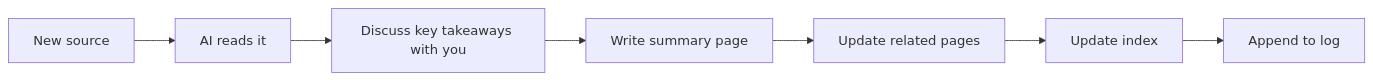
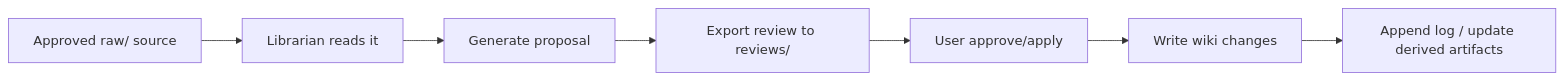
Before and after one commit to developerjeremylive/second-brain-ecosystem-etheroi: the fourth of 7 diagrams in second-brain/guides/en/07-next-level-with-ai.md, drawn with Mermaid. The commit also changed other lines of this file and 12 other files, not shown here.

First line of the commit message:
docs: align ecosystem to consent-boundary architecture

````diff
--- a/second-brain/guides/en/07-next-level-with-ai.md
+++ b/second-brain/guides/en/07-next-level-with-ai.md
@@ -157,9 +157,9 @@
 ```mermaid
 flowchart LR
-    S[New source] --> R[AI reads it]
-    R --> D[Discuss key takeaways with you]
-    D --> W[Write summary page]
-    W --> U[Update related pages]
-    U --> I[Update index]
-    I --> L[Append to log]
+    S[Approved raw/ source] --> R[Librarian reads it]
+    R --> P[Generate proposal]
+    P --> V[Export review to reviews/]
+    V --> A[User approve/apply]
+    A --> W[Write wiki changes]
+    W --> L[Append log / update derived artifacts]
 ```
````
